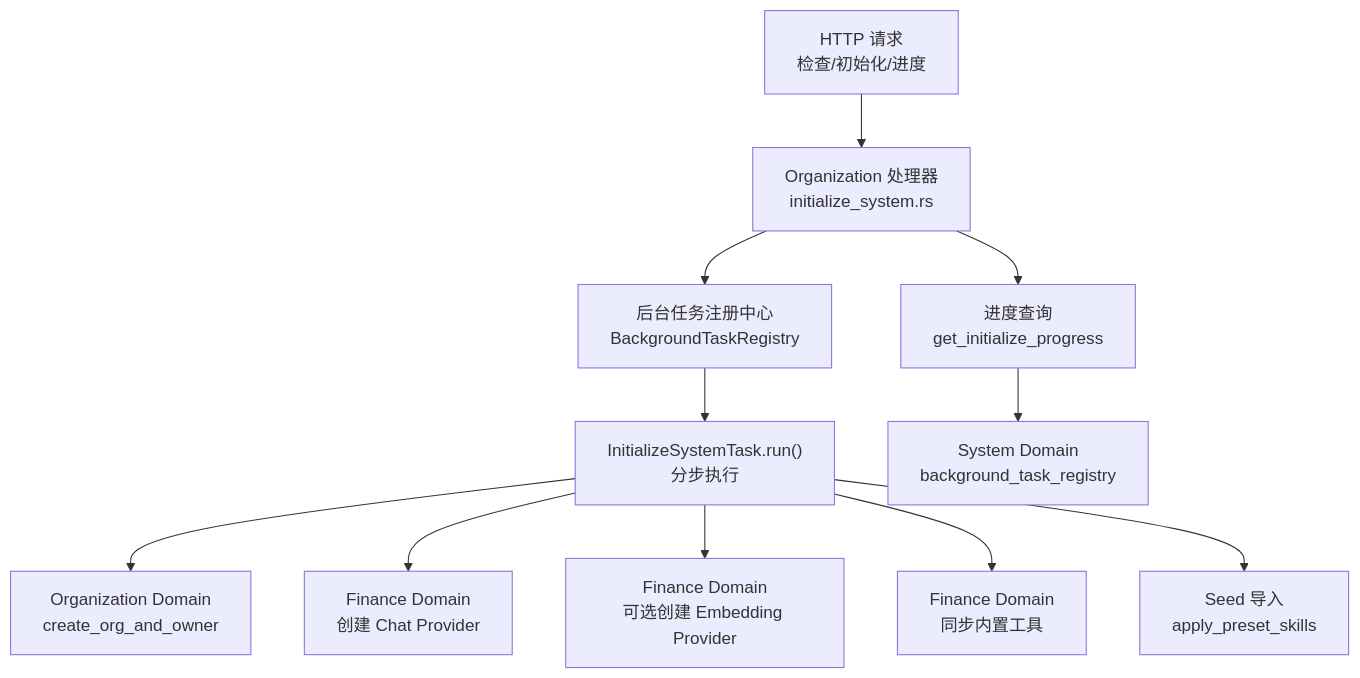
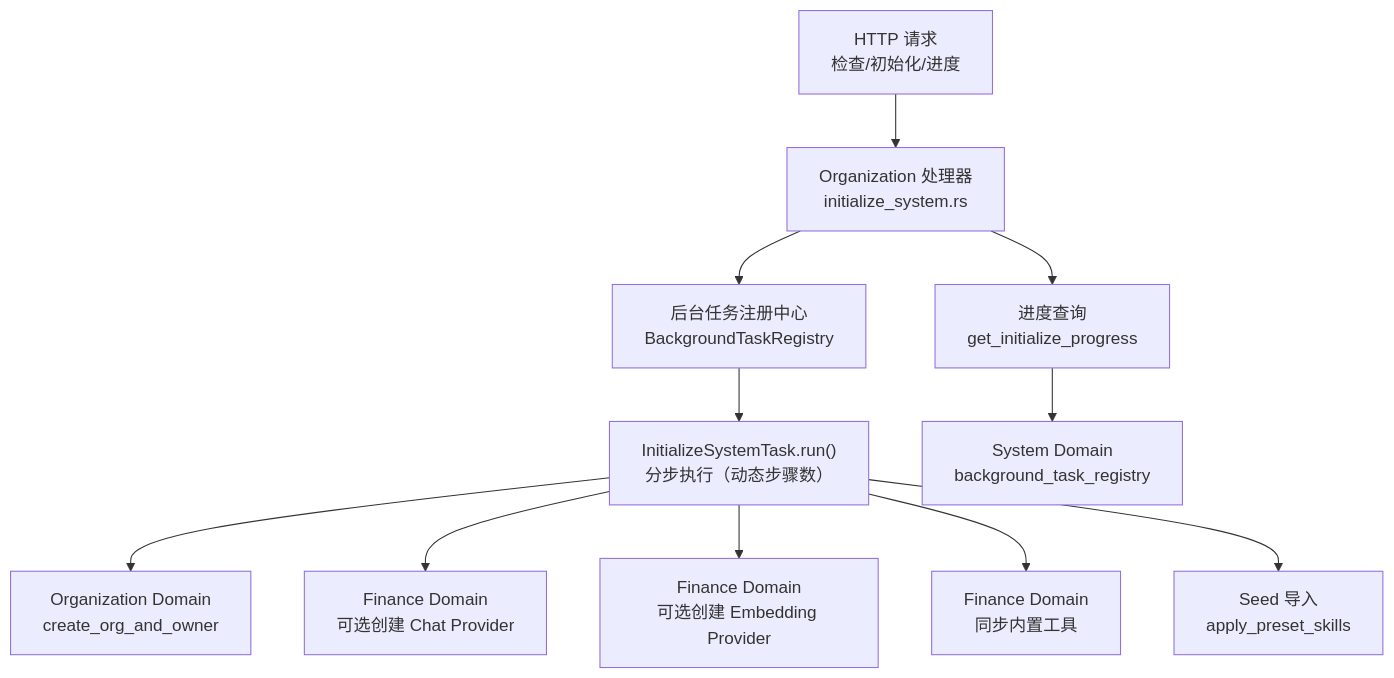
One commit to runningcoders/ai_orz changed the first of 4 diagrams in docs/wiki/zh/content/核心模块/处理器层/Organization模块处理器/系统初始化处理器.md. Above: the diagram before and after it, drawn with Mermaid. The commit also changed other lines of this file and 11 other files, not shown here.

````diff
--- a/docs/wiki/zh/content/核心模块/处理器层/Organization模块处理器/系统初始化处理器.md
+++ b/docs/wiki/zh/content/核心模块/处理器层/Organization模块处理器/系统初始化处理器.md
@@ -39,13 +39,13 @@
 ```mermaid
 graph TB
 A["HTTP 请求<br/>检查/初始化/进度"] --> B["Organization 处理器<br/>initialize_system.rs"]
 B --> C["后台任务注册中心<br/>BackgroundTaskRegistry"]
-C --> D["InitializeSystemTask.run()<br/>分步执行"]
+C --> D["InitializeSystemTask.run()<br/>分步执行（动态步骤数）"]
 D --> E["Organization Domain<br/>create_org_and_owner"]
-D --> F["Finance Domain<br/>创建 Chat Provider"]
+D --> F["Finance Domain<br/>可选创建 Chat Provider"]
 D --> G["Finance Domain<br/>可选创建 Embedding Provider"]
 D --> H["Finance Domain<br/>同步内置工具"]
 D --> I["Seed 导入<br/>apply_preset_skills"]
 B --> J["进度查询<br/>get_initialize_progress"]
 J --> K["System Domain<br/>background_task_registry"]
 ```
````
